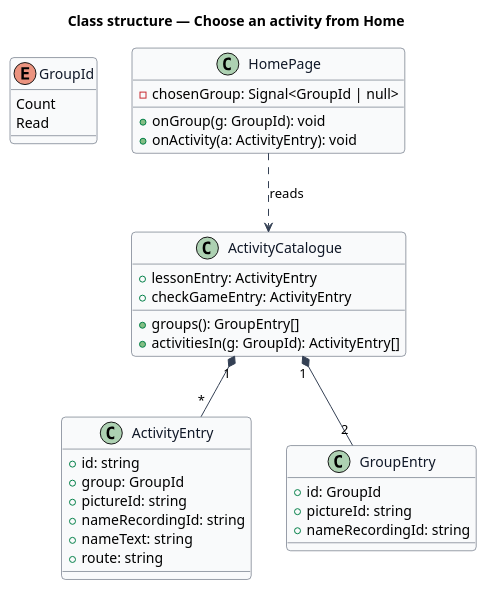
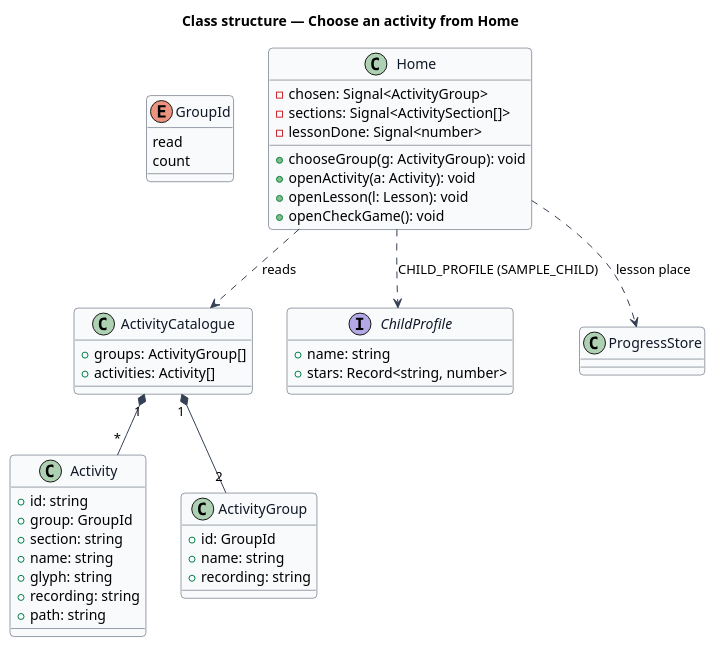
Before and after one commit to QuinntyneBrown/pibbo: the diagram in docs/detailed-designs/home/choose-an-activity/diagrams/class.puml, drawn with PlantUML. The commit also changed 30 other files, not shown here.

First line of the commit message:
Home is the prototype's landing page: mocks, requirement, ADR 0035 and design first

```diff
--- a/docs/detailed-designs/home/choose-an-activity/diagrams/class.puml
+++ b/docs/detailed-designs/home/choose-an-activity/diagrams/class.puml
@@ -1,45 +1,54 @@
 @startuml
 skinparam backgroundColor #FFFFFF
 skinparam shadowing false
 skinparam roundcorner 8
 skinparam defaultFontName Arial
 skinparam ArrowColor #344054
 skinparam class {
   BorderColor #344054
   FontColor #101828
   BackgroundColor #F9FAFB
 }
 title Class structure — Choose an activity from Home
 
 enum GroupId {
-  Count
-  Read
+  read
+  count
 }
-class ActivityEntry {
+class Activity {
   +id: string
   +group: GroupId
-  +pictureId: string
-  +nameRecordingId: string
-  +nameText: string
-  +route: string
+  +section: string
+  +name: string
+  +glyph: string
+  +recording: string
+  +path: string
 }
 class ActivityCatalogue {
-  +groups(): GroupEntry[]
-  +activitiesIn(g: GroupId): ActivityEntry[]
-  +lessonEntry: ActivityEntry
-  +checkGameEntry: ActivityEntry
+  +groups: ActivityGroup[]
+  +activities: Activity[]
 }
-class GroupEntry {
+class ActivityGroup {
   +id: GroupId
-  +pictureId: string
-  +nameRecordingId: string
+  +name: string
+  +recording: string
 }
-class HomePage {
-  -chosenGroup: Signal<GroupId | null>
-  +onGroup(g: GroupId): void
-  +onActivity(a: ActivityEntry): void
+interface ChildProfile {
+  +name: string
+  +stars: Record<string, number>
 }
-ActivityCatalogue "1" *-- "*" ActivityEntry
-ActivityCatalogue "1" *-- "2" GroupEntry
-HomePage ..> ActivityCatalogue : reads
+class Home {
+  -chosen: Signal<ActivityGroup>
+  -sections: Signal<ActivitySection[]>
+  -lessonDone: Signal<number>
+  +chooseGroup(g: ActivityGroup): void
+  +openActivity(a: Activity): void
+  +openLesson(l: Lesson): void
+  +openCheckGame(): void
+}
+ActivityCatalogue "1" *-- "*" Activity
+ActivityCatalogue "1" *-- "2" ActivityGroup
+Home ..> ActivityCatalogue : reads
+Home ..> ChildProfile : CHILD_PROFILE (SAMPLE_CHILD)
+Home ..> ProgressStore : lesson place
 @enduml
```
